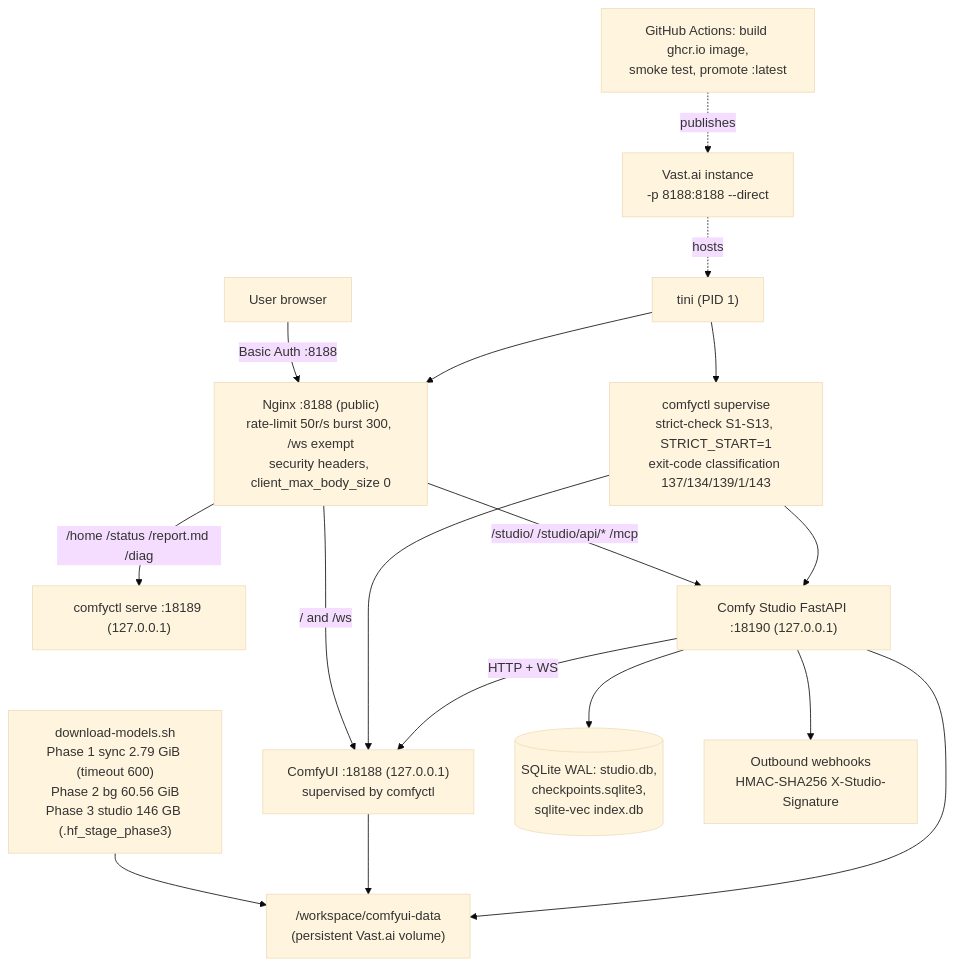
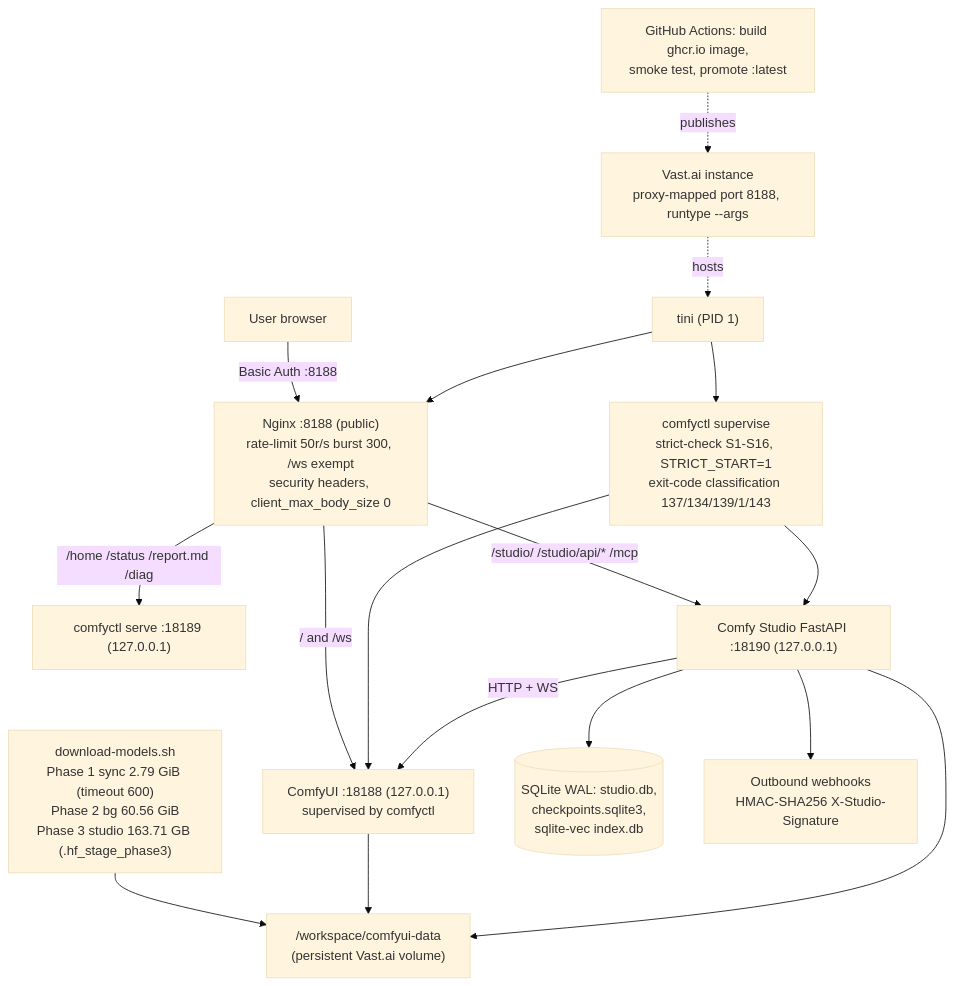
Before and after one commit to tomas-estrada/comfyuipod: the diagram in docs/ARCHITECTURE_CANONICAL.md, drawn with Mermaid (base theme). The commit also changed other lines of this file and 10 other files, not shown here.

````diff
--- a/docs/ARCHITECTURE_CANONICAL.md
+++ b/docs/ARCHITECTURE_CANONICAL.md
@@ -29,19 +29,19 @@
 ```mermaid
 graph TD
     U["User browser"] -->|Basic Auth :8188| NGX["Nginx :8188 (public)<br/>rate-limit 50r/s burst 300, /ws exempt<br/>security headers, client_max_body_size 0"]
     NGX -->|/ and /ws| CUI["ComfyUI :18188 (127.0.0.1)<br/>supervised by comfyctl"]
     NGX -->|/home /status /report.md /diag| CTL["comfyctl serve :18189 (127.0.0.1)"]
     NGX -->|/studio/ /studio/api/* /mcp| ST["Comfy Studio FastAPI :18190 (127.0.0.1)"]
-    SUP["comfyctl supervise<br/>strict-check S1-S13, STRICT_START=1<br/>exit-code classification 137/134/139/1/143"] --> CUI
+    SUP["comfyctl supervise<br/>strict-check S1-S16, STRICT_START=1<br/>exit-code classification 137/134/139/1/143"] --> CUI
     SUP --> ST
-    DL["download-models.sh<br/>Phase 1 sync 2.79 GiB (timeout 600)<br/>Phase 2 bg 60.56 GiB<br/>Phase 3 studio 146 GB (.hf_stage_phase3)"] --> FS["/workspace/comfyui-data<br/>(persistent Vast.ai volume)"]
+    DL["download-models.sh<br/>Phase 1 sync 2.79 GiB (timeout 600)<br/>Phase 2 bg 60.56 GiB<br/>Phase 3 studio 163.71 GB (.hf_stage_phase3)"] --> FS["/workspace/comfyui-data<br/>(persistent Vast.ai volume)"]
     CUI --> FS
     ST --> FS
     ST -->|HTTP + WS| CUI
     ST --> DB[("SQLite WAL: studio.db,<br/>checkpoints.sqlite3,<br/>sqlite-vec index.db")]
     ST --> WH["Outbound webhooks<br/>HMAC-SHA256 X-Studio-Signature"]
     TINI["tini (PID 1)"] --> SUP
     TINI --> NGX
-    VA["Vast.ai instance<br/>-p 8188:8188 --direct"] -. hosts .-> TINI
+    VA["Vast.ai instance<br/>proxy-mapped port 8188, runtype --args"] -. hosts .-> TINI
     CI["GitHub Actions: build ghcr.io image,<br/>smoke test, promote :latest"] -. publishes .-> VA
 ```
````
